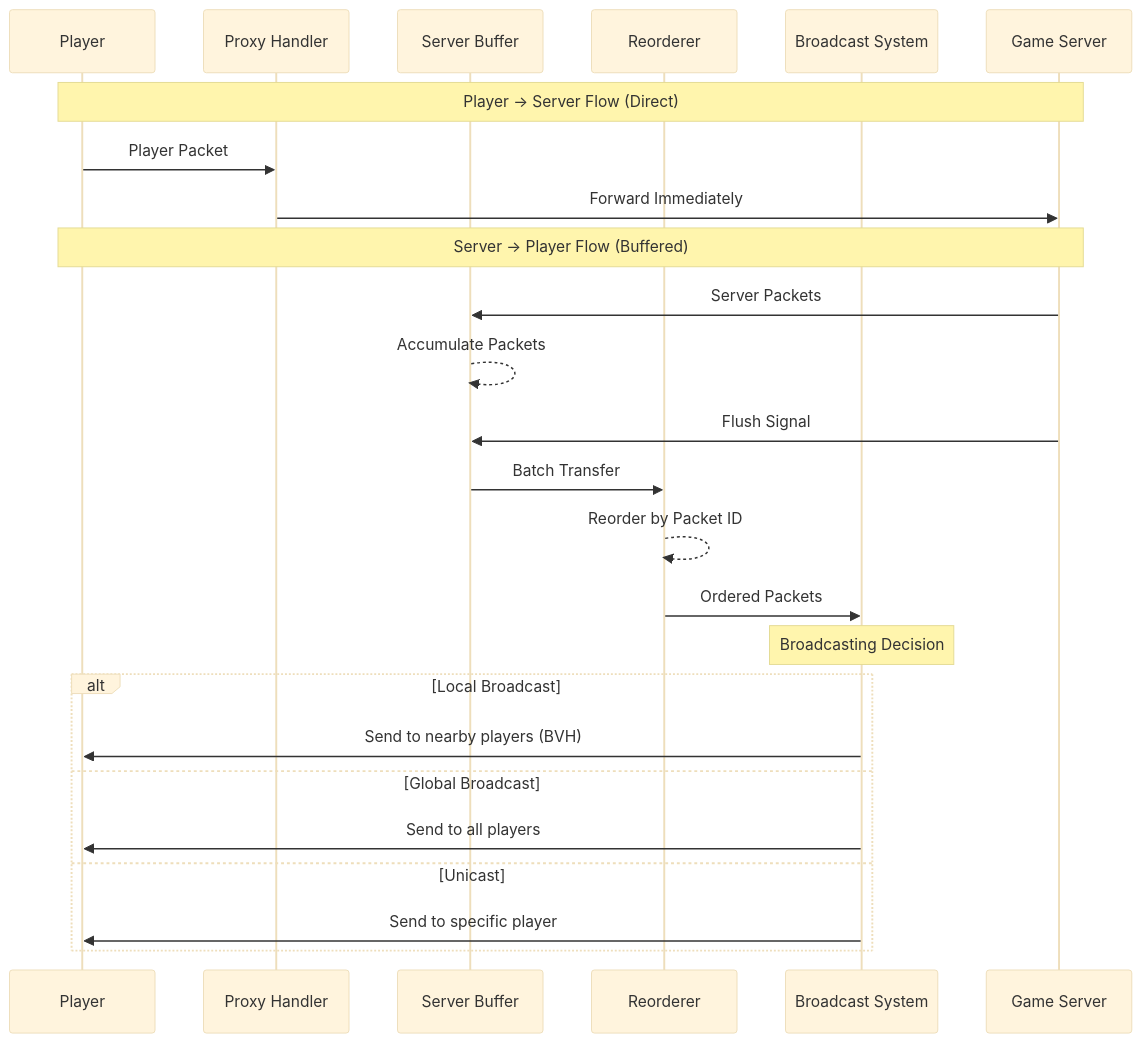
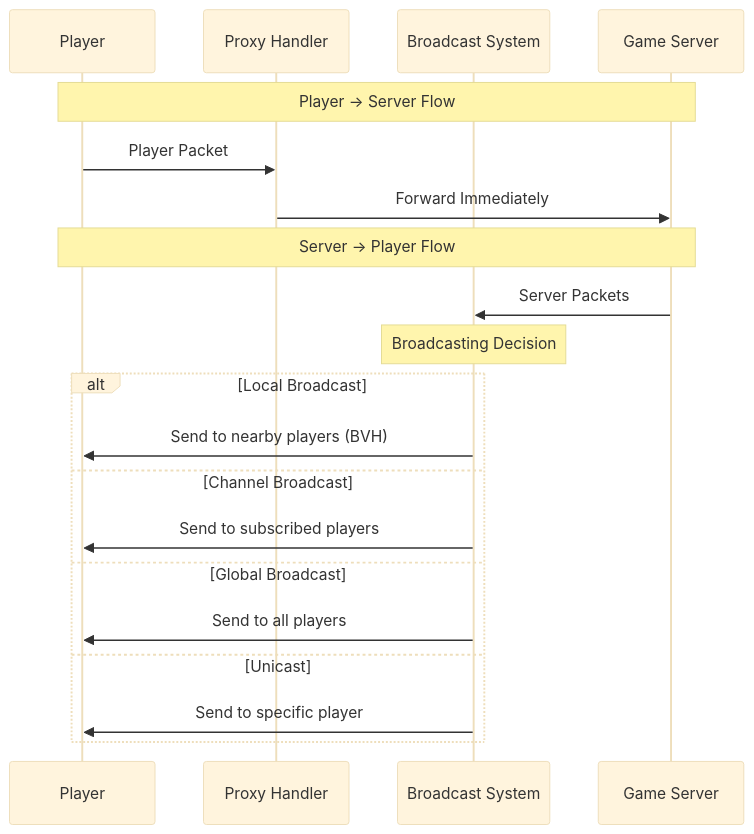
The second of 2 diagrams in README.md (hyperion-mc/hyperion), drawn with Mermaid (base theme) before and after one commit. The commit also changed 29 other files, not shown here.

````diff
--- a/README.md
+++ b/README.md
@@ -143,30 +143,25 @@
 ```mermaid
 sequenceDiagram
     participant P as Player
     participant PH as Proxy Handler
-    participant SB as Server Buffer
-    participant R as Reorderer
     participant B as Broadcast System
     participant S as Game Server
 
-    Note over P,S: Player → Server Flow (Direct)
+    Note over P,S: Player → Server Flow
     P->>PH: Player Packet
     PH->>S: Forward Immediately
-    
-    Note over P,S: Server → Player Flow (Buffered)
-    S->>SB: Server Packets
-    SB-->>SB: Accumulate Packets
-    S->>SB: Flush Signal
-    SB->>R: Batch Transfer
-    R-->>R: Reorder by Packet ID
-    R->>B: Ordered Packets
-    
+
+    Note over P,S: Server → Player Flow
+    S->>B: Server Packets
+
     Note over B: Broadcasting Decision
     alt Local Broadcast
         B->>P: Send to nearby players (BVH)
+    else Channel Broadcast
+        B->>P: Send to subscribed players
     else Global Broadcast
         B->>P: Send to all players
     else Unicast
         B->>P: Send to specific player
     end
 ```
````
